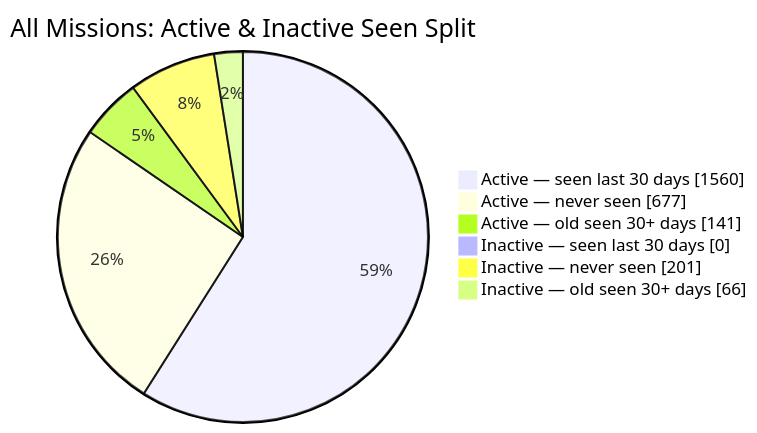
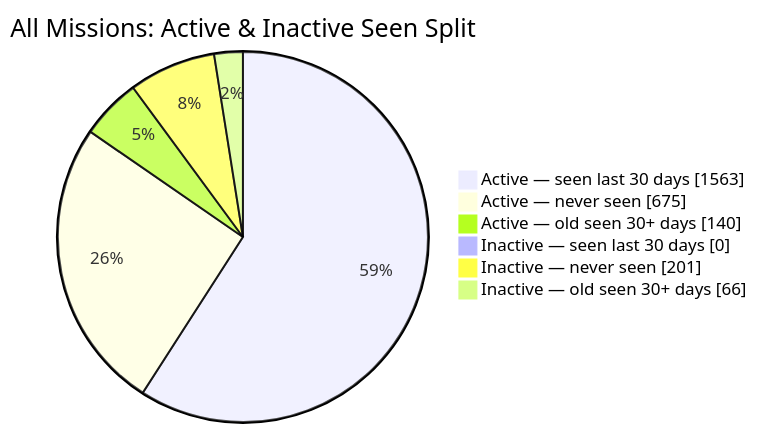
One commit to MeldkamerspelGameTeam/active-missions changed the second of 2 diagrams in README.md. Above: the diagram before and after it, drawn with Mermaid. The commit also changed other lines of this file and 8 other files, not shown here.

````diff
--- a/README.md
+++ b/README.md
@@ -44,10 +44,10 @@
 ```mermaid
 pie showData
     title All Missions: Active & Inactive Seen Split
-    "Active — seen last 30 days" : 1560
-    "Active — never seen" : 677
-    "Active — old seen 30+ days" : 141
+    "Active — seen last 30 days" : 1563
+    "Active — never seen" : 675
+    "Active — old seen 30+ days" : 140
     "Inactive — seen last 30 days" : 0
     "Inactive — never seen" : 201
     "Inactive — old seen 30+ days" : 66
 ```
````
